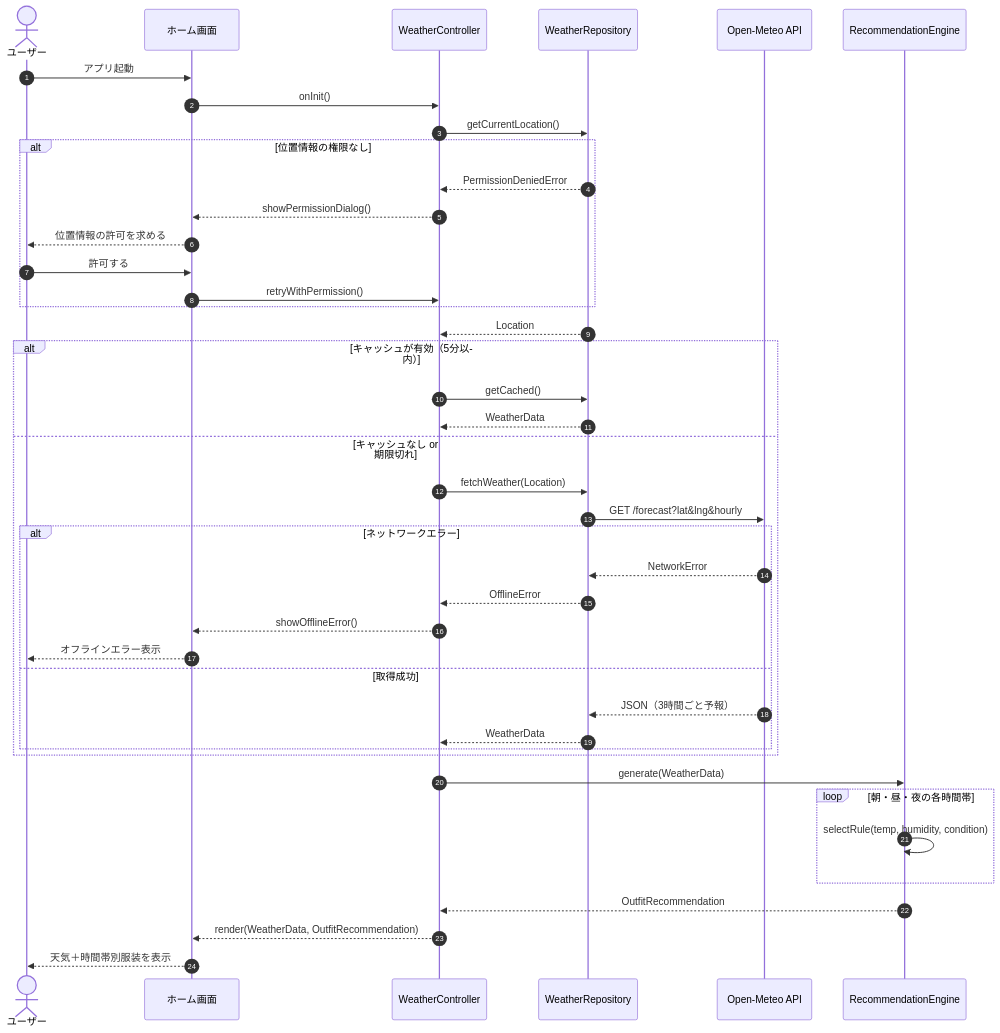
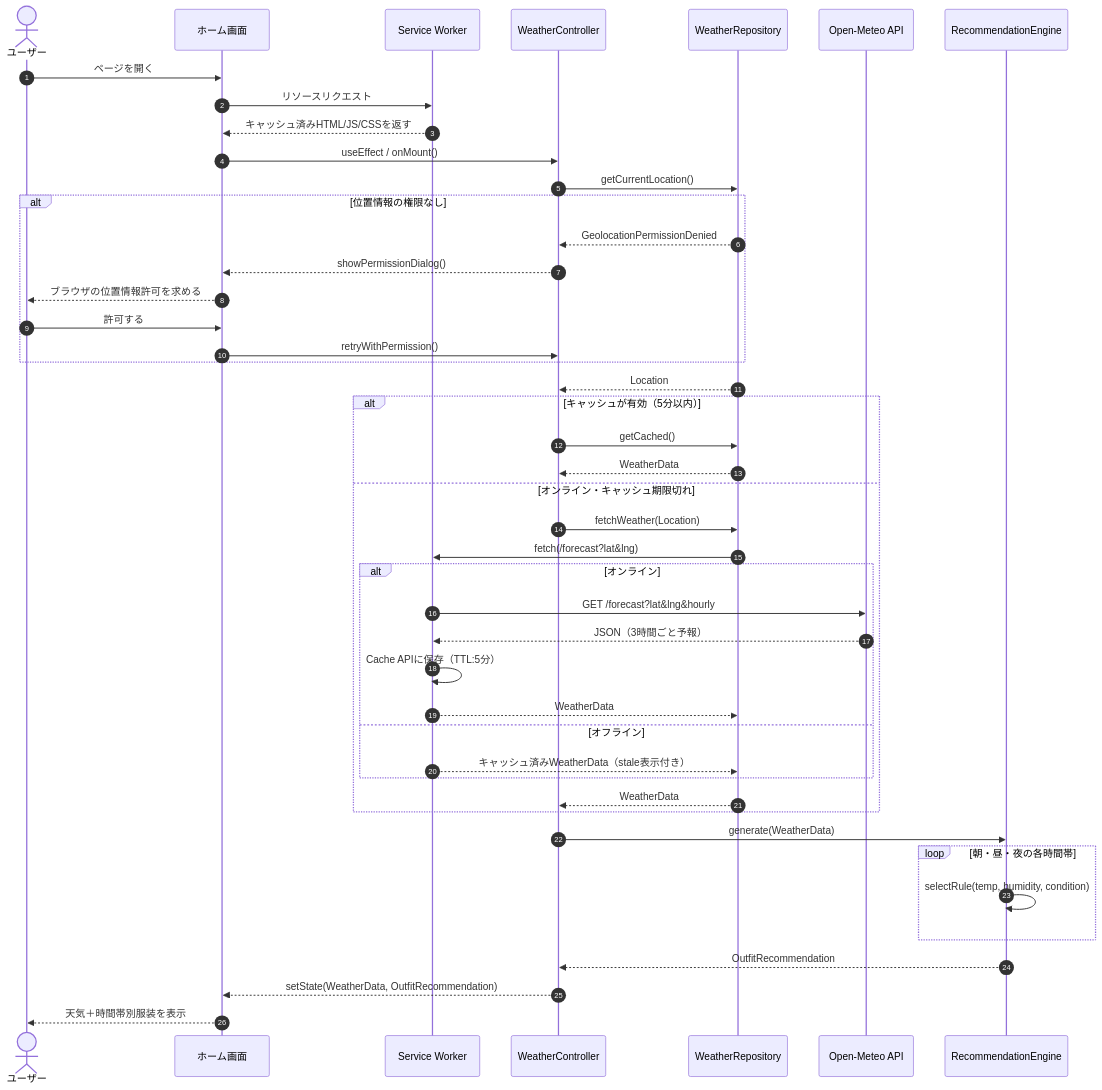
The third of 8 diagrams in README.md (tsukushi-81/apri), drawn with Mermaid before and after one commit. The commit also changed other lines of this file, not shown here.

````diff
--- a/README.md
+++ b/README.md
@@ -294,45 +343,48 @@
 ```mermaid
 sequenceDiagram
   autonumber
   actor User as ユーザー
   participant UI as ホーム画面
+  participant SW as Service Worker
   participant Ctrl as WeatherController
   participant Repo as WeatherRepository
   participant API as Open-Meteo API
   participant Eng as RecommendationEngine
 
-  User->>UI: アプリ起動
-  UI->>Ctrl: onInit()
+  User->>UI: ページを開く
+  UI->>SW: リソースリクエスト
+  SW-->>UI: キャッシュ済みHTML/JS/CSSを返す
+  UI->>Ctrl: useEffect / onMount()
   Ctrl->>Repo: getCurrentLocation()
   alt 位置情報の権限なし
-    Repo-->>Ctrl: PermissionDeniedError
+    Repo-->>Ctrl: GeolocationPermissionDenied
     Ctrl-->>UI: showPermissionDialog()
-    UI-->>User: 位置情報の許可を求める
+    UI-->>User: ブラウザの位置情報許可を求める
     User->>UI: 許可する
     UI->>Ctrl: retryWithPermission()
   end
   Repo-->>Ctrl: Location
   alt キャッシュが有効（5分以内）
     Ctrl->>Repo: getCached()
     Repo-->>Ctrl: WeatherData
-  else キャッシュなし or 期限切れ
+  else オンライン・キャッシュ期限切れ
     Ctrl->>Repo: fetchWeather(Location)
-    Repo->>API: GET /forecast?lat&lng&hourly
-    alt ネットワークエラー
-      API-->>Repo: NetworkError
-      Repo-->>Ctrl: OfflineError
-      Ctrl-->>UI: showOfflineError()
-      UI-->>User: オフラインエラー表示
-    else 取得成功
-      API-->>Repo: JSON（3時間ごと予報）
-      Repo-->>Ctrl: WeatherData
+    Repo->>SW: fetch(/forecast?lat&lng)
+    alt オンライン
+      SW->>API: GET /forecast?lat&lng&hourly
+      API-->>SW: JSON（3時間ごと予報）
+      SW->>SW: Cache APIに保存（TTL:5分）
+      SW-->>Repo: WeatherData
+    else オフライン
+      SW-->>Repo: キャッシュ済みWeatherData（stale表示付き）
     end
+    Repo-->>Ctrl: WeatherData
   end
   Ctrl->>Eng: generate(WeatherData)
   loop 朝・昼・夜の各時間帯
     Eng->>Eng: selectRule(temp, humidity, condition)
   end
   Eng-->>Ctrl: OutfitRecommendation
-  Ctrl-->>UI: render(WeatherData, OutfitRecommendation)
+  Ctrl-->>UI: setState(WeatherData, OutfitRecommendation)
   UI-->>User: 天気＋時間帯別服装を表示
 ```
````
